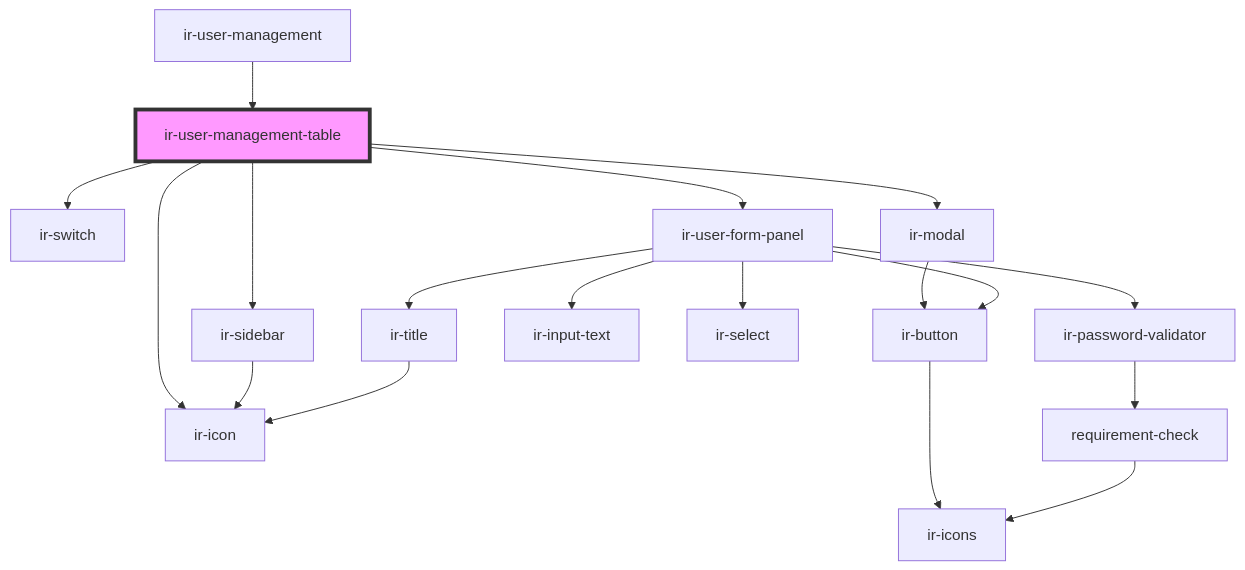
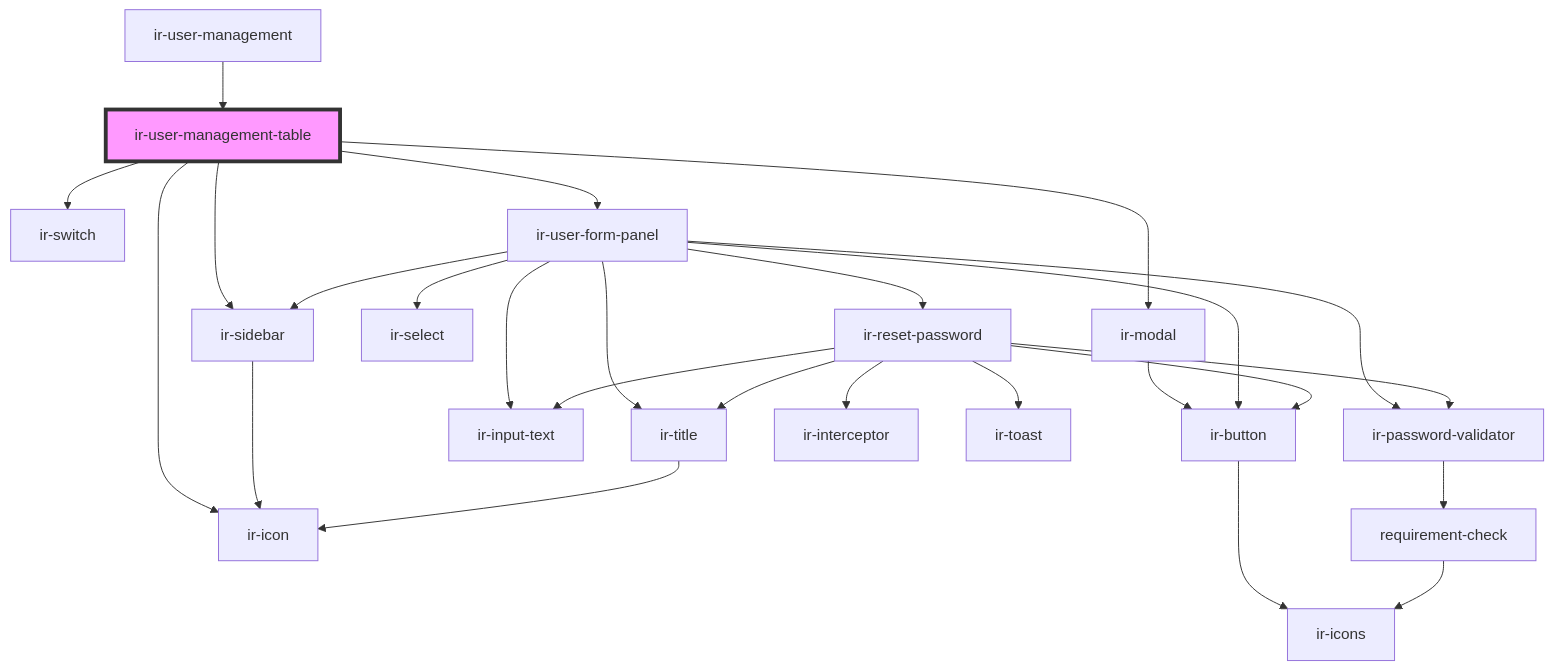
Before and after one commit to David1Chowaifaty/modified-ir-webcmp: the diagram in src/components/ir-user-management/ir-user-management-table/readme.md, drawn with Mermaid. The commit also changed other lines of this file and 26 other files, not shown here.

````diff
--- a/src/components/ir-user-management/ir-user-management-table/readme.md
+++ b/src/components/ir-user-management/ir-user-management-table/readme.md
@@ -38,21 +39,29 @@
 ```mermaid
 graph TD;
   ir-user-management-table --> ir-icon
   ir-user-management-table --> ir-switch
   ir-user-management-table --> ir-sidebar
   ir-user-management-table --> ir-modal
   ir-user-management-table --> ir-user-form-panel
   ir-sidebar --> ir-icon
   ir-modal --> ir-button
   ir-button --> ir-icons
   ir-user-form-panel --> ir-title
   ir-user-form-panel --> ir-input-text
   ir-user-form-panel --> ir-select
   ir-user-form-panel --> ir-password-validator
   ir-user-form-panel --> ir-button
+  ir-user-form-panel --> ir-sidebar
+  ir-user-form-panel --> ir-reset-password
   ir-title --> ir-icon
   ir-password-validator --> requirement-check
   requirement-check --> ir-icons
+  ir-reset-password --> ir-interceptor
+  ir-reset-password --> ir-toast
+  ir-reset-password --> ir-title
+  ir-reset-password --> ir-input-text
+  ir-reset-password --> ir-password-validator
+  ir-reset-password --> ir-button
   ir-user-management --> ir-user-management-table
   style ir-user-management-table fill:#f9f,stroke:#333,stroke-width:4px
 ```
````
